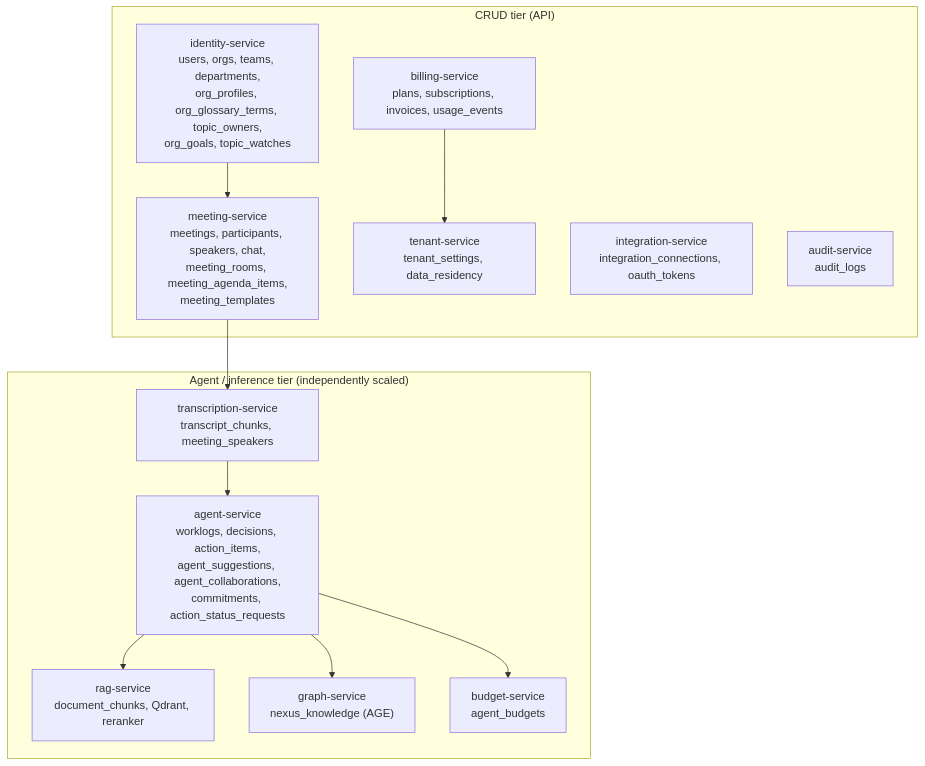
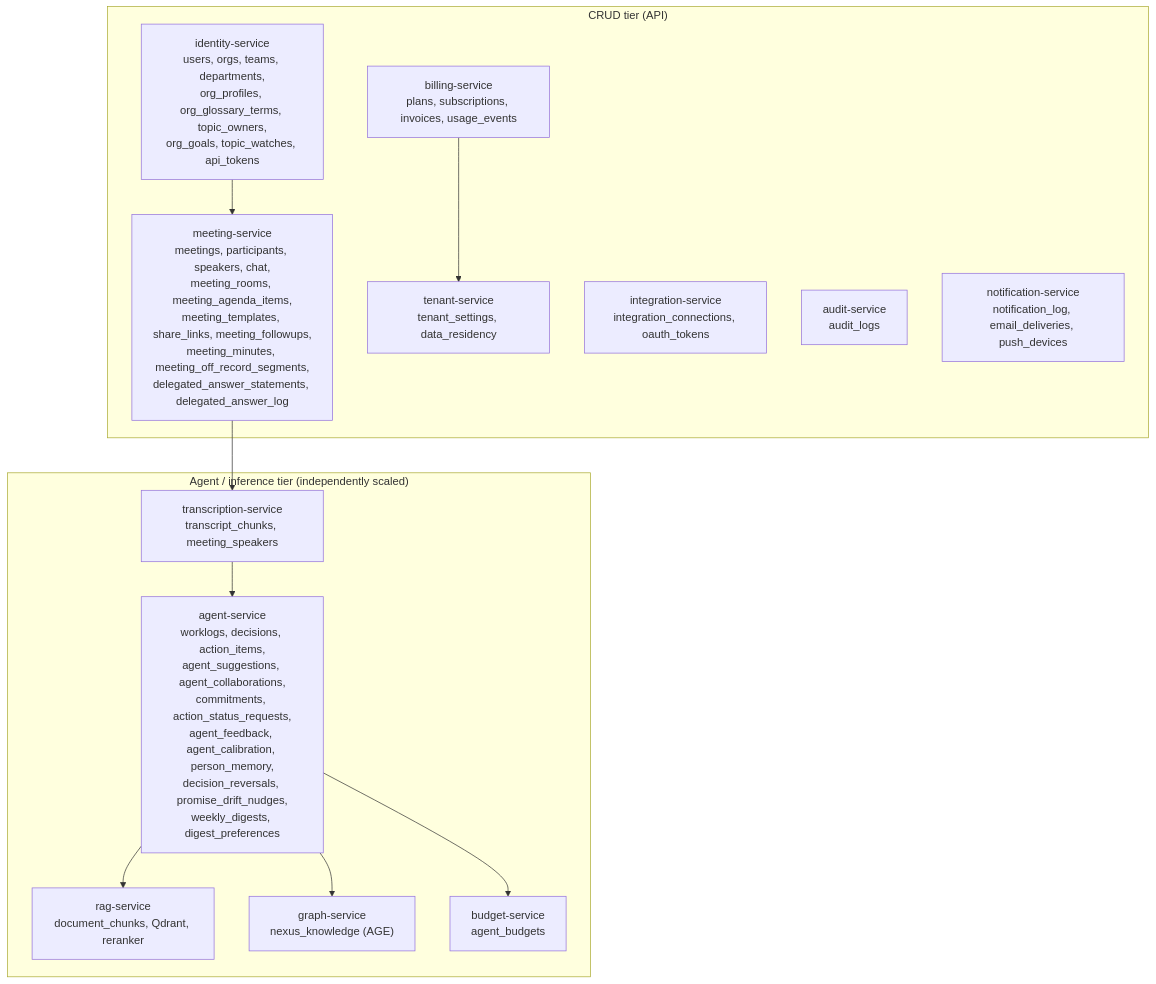
The first of 7 diagrams in _canon/02-data-model.md (Mytheus-AI/mytheus-docs), drawn with Mermaid before and after one commit. The commit also changed other lines of this file and 3 other files, not shown here.

Commit message:
docs(canon): polish program tables, routes, agent-feedback topic and admin-events retention (ADR-0040)

````diff
--- a/_canon/02-data-model.md
+++ b/_canon/02-data-model.md
@@ -38,25 +38,26 @@
 ```mermaid
 graph TD
   subgraph CRUD_Tier["CRUD tier (API)"]
-    IdentitySvc["identity-service<br/>users, orgs, teams, departments,<br/>org_profiles, org_glossary_terms, topic_owners,<br/>org_goals, topic_watches"]
-    MeetingSvc["meeting-service<br/>meetings, participants, speakers, chat,<br/>meeting_rooms, meeting_agenda_items,<br/>meeting_templates"]
+    IdentitySvc["identity-service<br/>users, orgs, teams, departments,<br/>org_profiles, org_glossary_terms, topic_owners,<br/>org_goals, topic_watches, api_tokens"]
+    MeetingSvc["meeting-service<br/>meetings, participants, speakers, chat,<br/>meeting_rooms, meeting_agenda_items,<br/>meeting_templates, share_links, meeting_followups,<br/>meeting_minutes, meeting_off_record_segments,<br/>delegated_answer_statements, delegated_answer_log"]
     TenantSvc["tenant-service<br/>tenant_settings, data_residency"]
     BillingSvc["billing-service<br/>plans, subscriptions, invoices, usage_events"]
     IntegrationSvc["integration-service<br/>integration_connections, oauth_tokens"]
     AuditSvc["audit-service<br/>audit_logs"]
+    NotifSvc["notification-service<br/>notification_log, email_deliveries, push_devices"]
   end
   subgraph Inference_Tier["Agent / inference tier (independently scaled)"]
     TranscriptSvc["transcription-service<br/>transcript_chunks, meeting_speakers"]
-    AgentSvc["agent-service<br/>worklogs, decisions, action_items,<br/>agent_suggestions, agent_collaborations,<br/>commitments, action_status_requests"]
+    AgentSvc["agent-service<br/>worklogs, decisions, action_items,<br/>agent_suggestions, agent_collaborations,<br/>commitments, action_status_requests,<br/>agent_feedback, agent_calibration, person_memory,<br/>decision_reversals, promise_drift_nudges,<br/>weekly_digests, digest_preferences"]
     RAGSvc["rag-service<br/>document_chunks, Qdrant, reranker"]
     GraphSvc["graph-service<br/>nexus_knowledge (AGE)"]
     BudgetSvc["budget-service<br/>agent_budgets"]
   end
   IdentitySvc --> MeetingSvc
   MeetingSvc --> TranscriptSvc
   TranscriptSvc --> AgentSvc
   AgentSvc --> GraphSvc
   AgentSvc --> RAGSvc
   AgentSvc --> BudgetSvc
   BillingSvc --> TenantSvc
 ```
````
